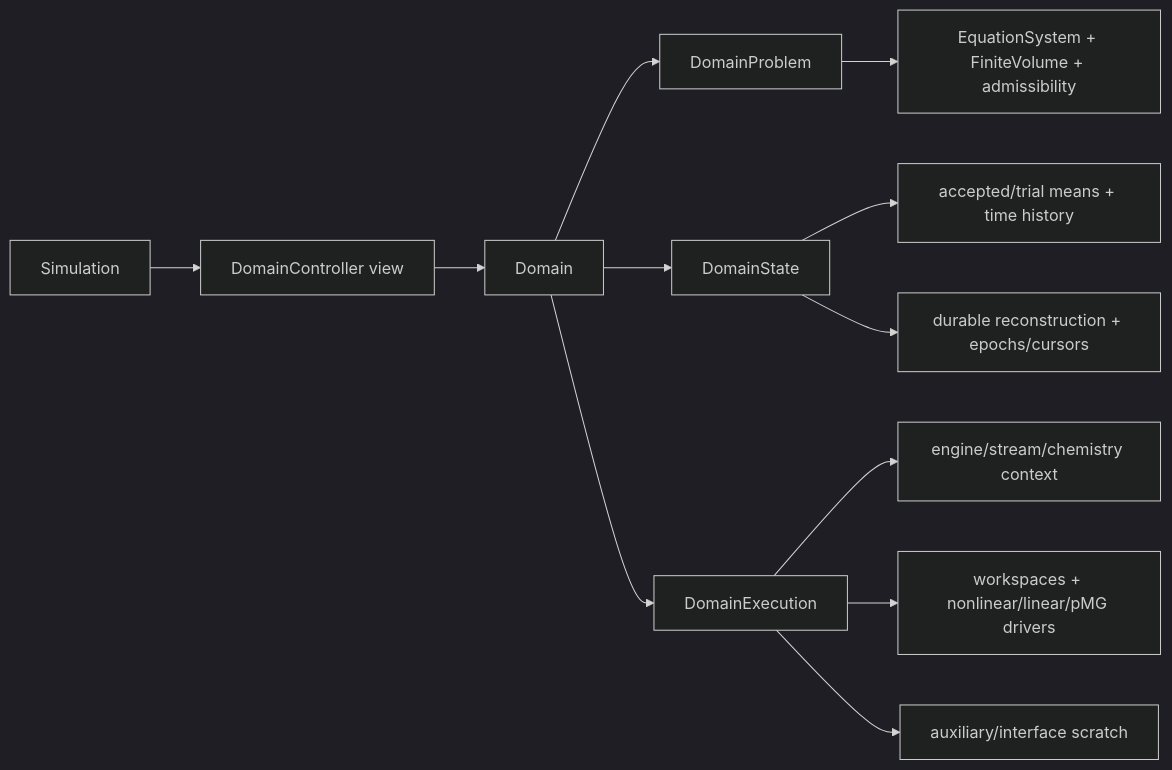
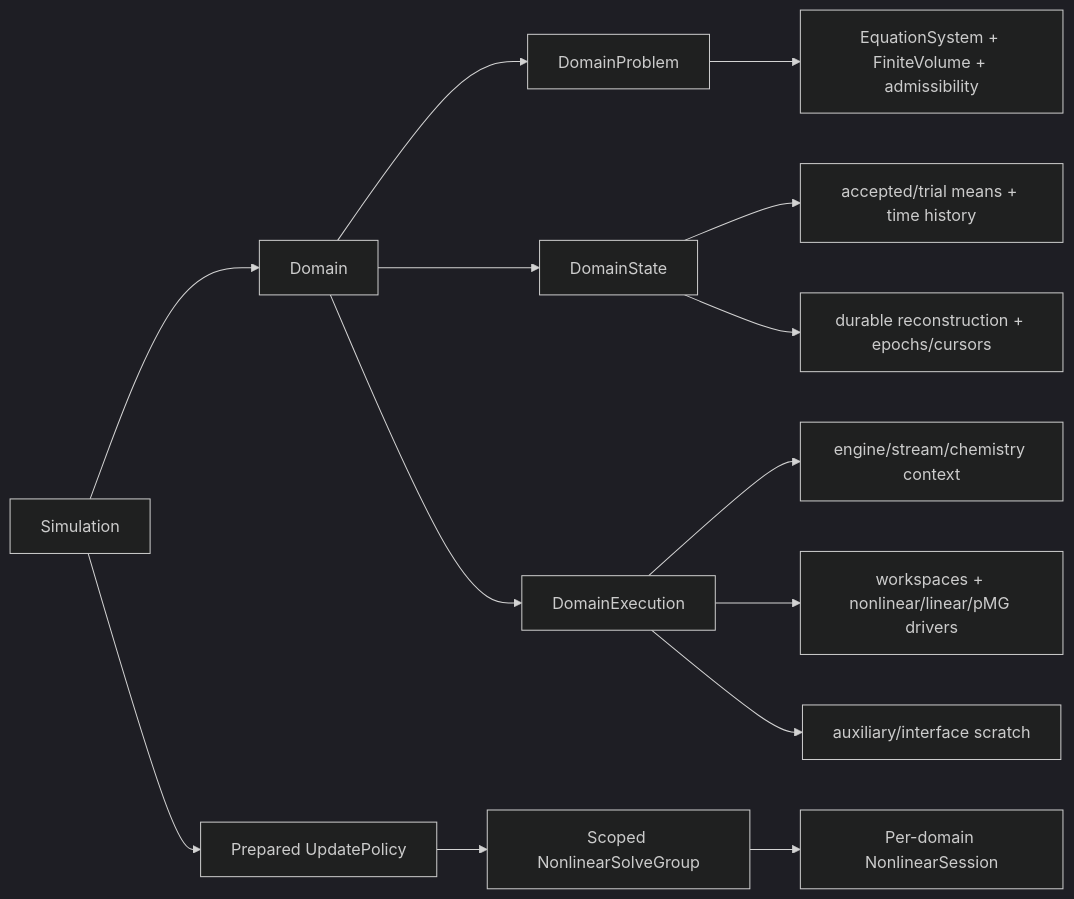
Before and after one commit to harryzhou2000/DNDSR: the second of 4 diagrams in docs/architecture/Cauchy.md, drawn with Mermaid (dark theme). The commit also changed other lines of this file and 88 other files, not shown here.

````diff
--- a/docs/architecture/Cauchy.md
+++ b/docs/architecture/Cauchy.md
@@ -52,14 +52,16 @@
 ```mermaid
 flowchart LR
     Domain --> Problem[DomainProblem]
     Domain --> State[DomainState]
     Domain --> Execution[DomainExecution]
-    Simulation --> Controller[DomainController view]
-    Controller --> Domain
+    Simulation --> Domain
+    Simulation --> Policy[Prepared UpdatePolicy]
+    Policy --> Group[Scoped NonlinearSolveGroup]
+    Group --> Session[Per-domain NonlinearSession]
     Problem --> P1[EquationSystem + FiniteVolume + admissibility]
     State --> S1[accepted/trial means + time history]
     State --> S2[durable reconstruction + epochs/cursors]
     Execution --> E1[engine/stream/chemistry context]
     Execution --> E2[workspaces + nonlinear/linear/pMG drivers]
     Execution --> E3[auxiliary/interface scratch]
 ```
````
